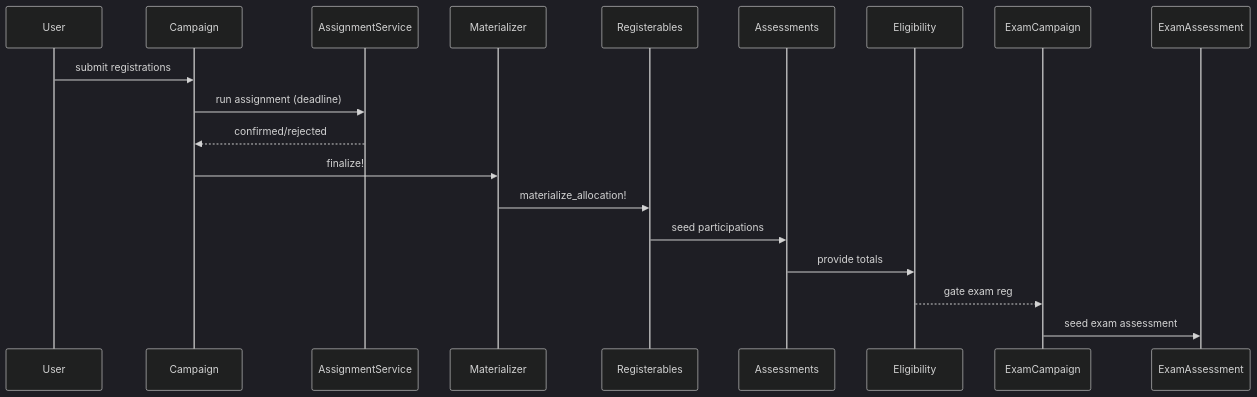
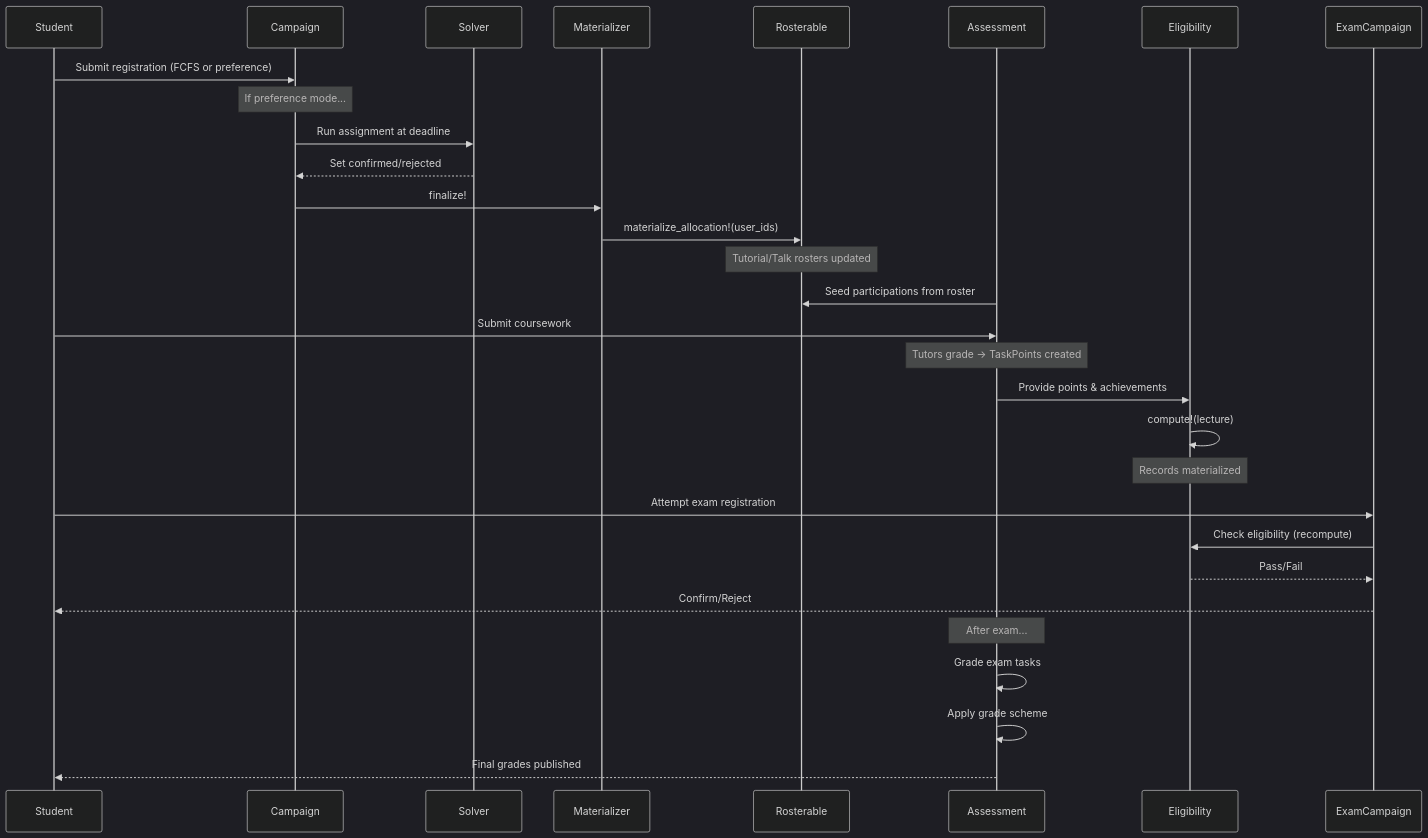
One commit to MaMpf-HD/mampf changed the second of 2 diagrams in architecture/src/features/06-end-to-end-workflow.md. Above: the diagram before and after it, drawn with Mermaid (dark theme). The commit also changed other lines of this file and 16 other files, not shown here.

````diff
--- a/architecture/src/features/06-end-to-end-workflow.md
+++ b/architecture/src/features/06-end-to-end-workflow.md
@@ -104,21 +365,38 @@
 ```mermaid
 sequenceDiagram
-	participant U as User
-	participant RC as Campaign
-	participant Solver as AssignmentService
-	participant Mat as Materializer
-	participant Reg as Registerables
-	participant Assess as Assessments
-	participant Elig as Eligibility
-	participant ExamRC as ExamCampaign
-	participant ExamAssess as ExamAssessment
-	U->>RC: submit registrations
-	RC->>Solver: run assignment (deadline)
-	Solver-->>RC: confirmed/rejected
-	RC->>Mat: finalize!
-	Mat->>Reg: materialize_allocation!
-	Reg->>Assess: seed participations
-	Assess->>Elig: provide totals
-	Elig-->>ExamRC: gate exam reg
-	ExamRC->>ExamAssess: seed exam assessment
+    participant Student
+    participant Campaign
+    participant Solver
+    participant Materializer
+    participant Rosterable
+    participant Assessment
+    participant Eligibility
+    participant ExamCampaign
+
+    Student->>Campaign: Submit registration (FCFS or preference)
+    Note over Campaign: If preference mode...
+    Campaign->>Solver: Run assignment at deadline
+    Solver-->>Campaign: Set confirmed/rejected
+
+    Campaign->>Materializer: finalize!
+    Materializer->>Rosterable: materialize_allocation!(user_ids)
+    Note over Rosterable: Tutorial/Talk rosters updated
+
+    Assessment->>Rosterable: Seed participations from roster
+    Student->>Assessment: Submit coursework
+    Note over Assessment: Tutors grade → TaskPoints created
+
+    Assessment->>Eligibility: Provide points & achievements
+    Eligibility->>Eligibility: compute!(lecture)
+    Note over Eligibility: Records materialized
+
+    Student->>ExamCampaign: Attempt exam registration
+    ExamCampaign->>Eligibility: Check eligibility (recompute)
+    Eligibility-->>ExamCampaign: Pass/Fail
+    ExamCampaign-->>Student: Confirm/Reject
+
+    Note over Assessment: After exam...
+    Assessment->>Assessment: Grade exam tasks
+    Assessment->>Assessment: Apply grade scheme
+    Assessment-->>Student: Final grades published
 ```
````
